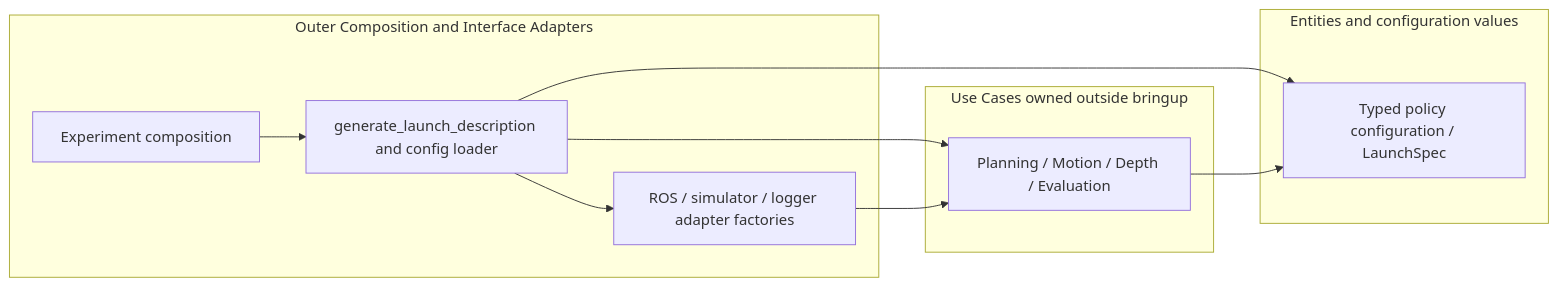
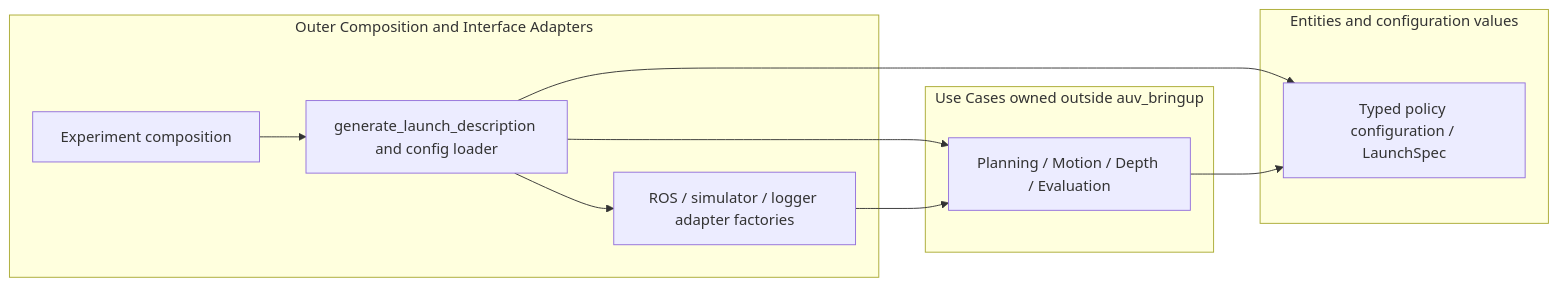
Before and after one commit to metinegearal/auv-nbv-inspection: the second of 3 diagrams in src/docs/architecture/packages/bringup_audit.md, drawn with Mermaid. The commit also changed other lines of this file and 455 other files, not shown here.

````diff
--- a/src/docs/architecture/packages/bringup_audit.md
+++ b/src/docs/architecture/packages/bringup_audit.md
@@ -45,20 +45,20 @@
 ```mermaid
 graph LR
  subgraph Adapters[Outer Composition and Interface Adapters]
  EXP[Experiment composition]
  L[generate_launch_description and config loader]
  R[ROS / simulator / logger adapter factories]
  end
- subgraph UseCases[Use Cases owned outside bringup]
+ subgraph UseCases[Use Cases owned outside auv_bringup]
  U[Planning / Motion / Depth / Evaluation]
  end
  subgraph Entities[Entities and configuration values]
  C[Typed policy configuration / LaunchSpec]
  end
  EXP --> L
  L --> R
  L --> U
  L --> C
  R --> U
  U --> C
 ```
````
